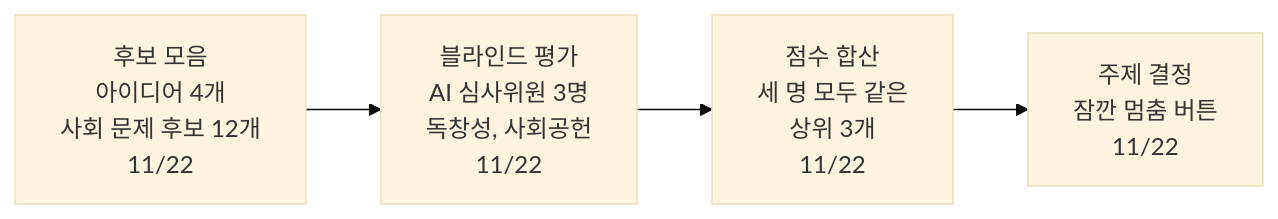
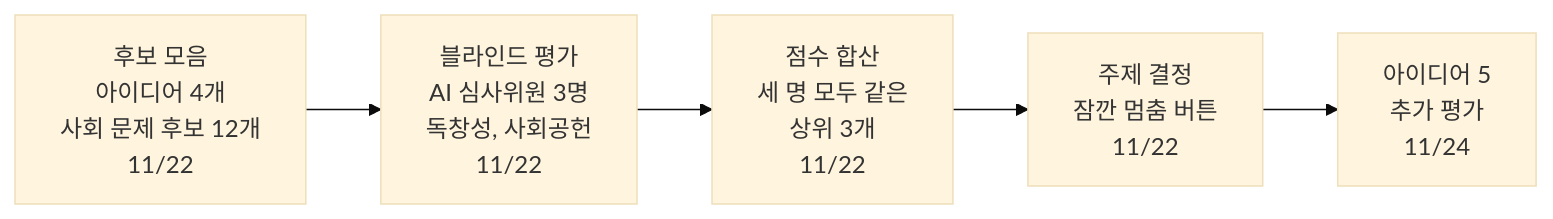
Before and after one commit to lumos0107/AI_Final_Project: the diagram in docs/ideation/05_decision.md, drawn with Mermaid (base theme). The commit also changed other lines of this file, not shown here.

Commit message:
docs: 주제 결정에 아이디어 5 추가 평가 반영 (#5)

````diff
--- a/docs/ideation/05_decision.md
+++ b/docs/ideation/05_decision.md
@@ -16,6 +16,7 @@
 ```mermaid
 flowchart LR
     A["후보 모음<br>아이디어 4개<br>사회 문제 후보 12개<br>11/22"] --> B["블라인드 평가<br>AI 심사위원 3명<br>독창성, 사회공헌<br>11/22"]
     B --> C["점수 합산<br>세 명 모두 같은<br>상위 3개<br>11/22"]
     C --> D["주제 결정<br>잠깐 멈춤 버튼<br>11/22"]
+    D --> E["아이디어 5<br>추가 평가<br>11/24"]
 ```
````
